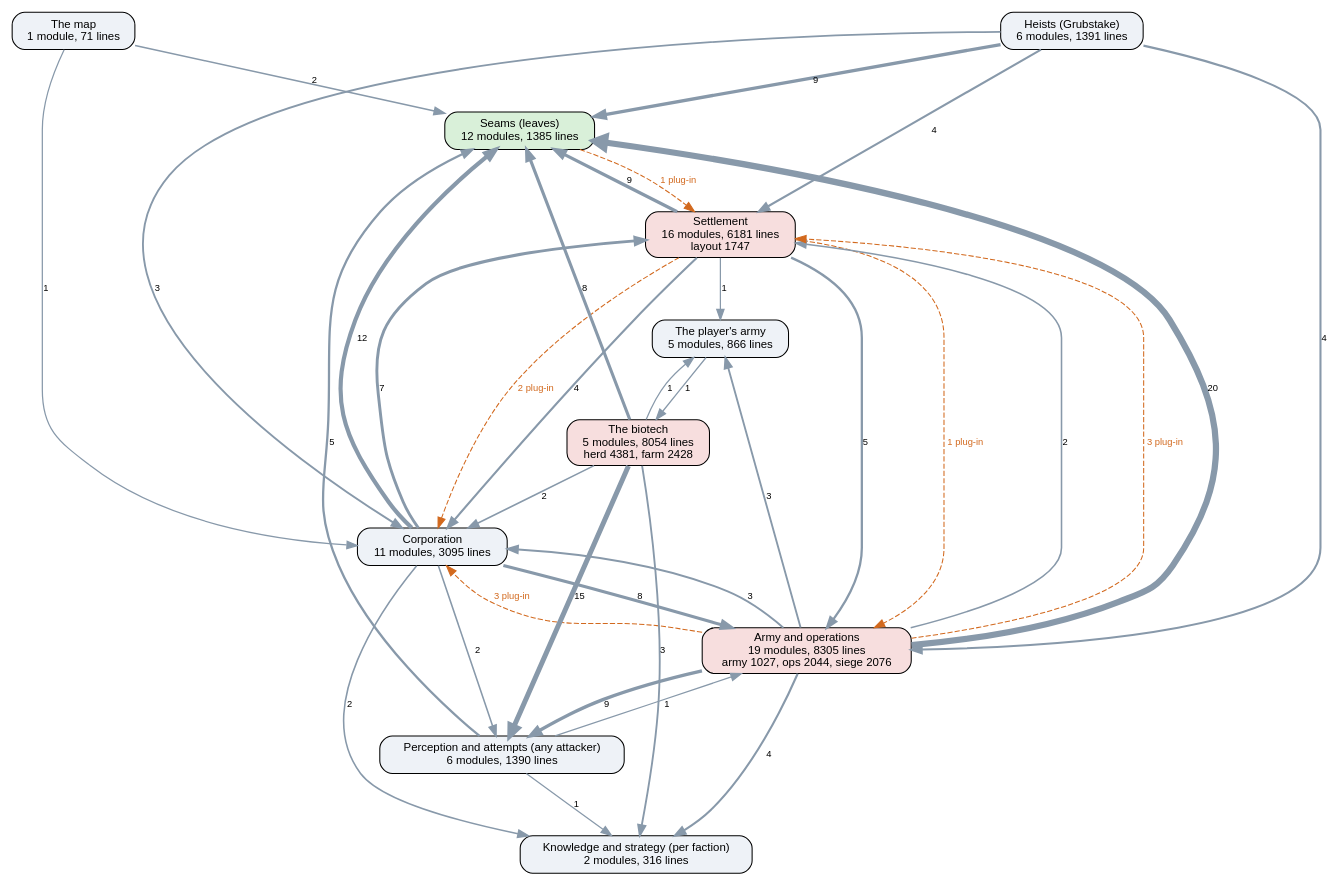
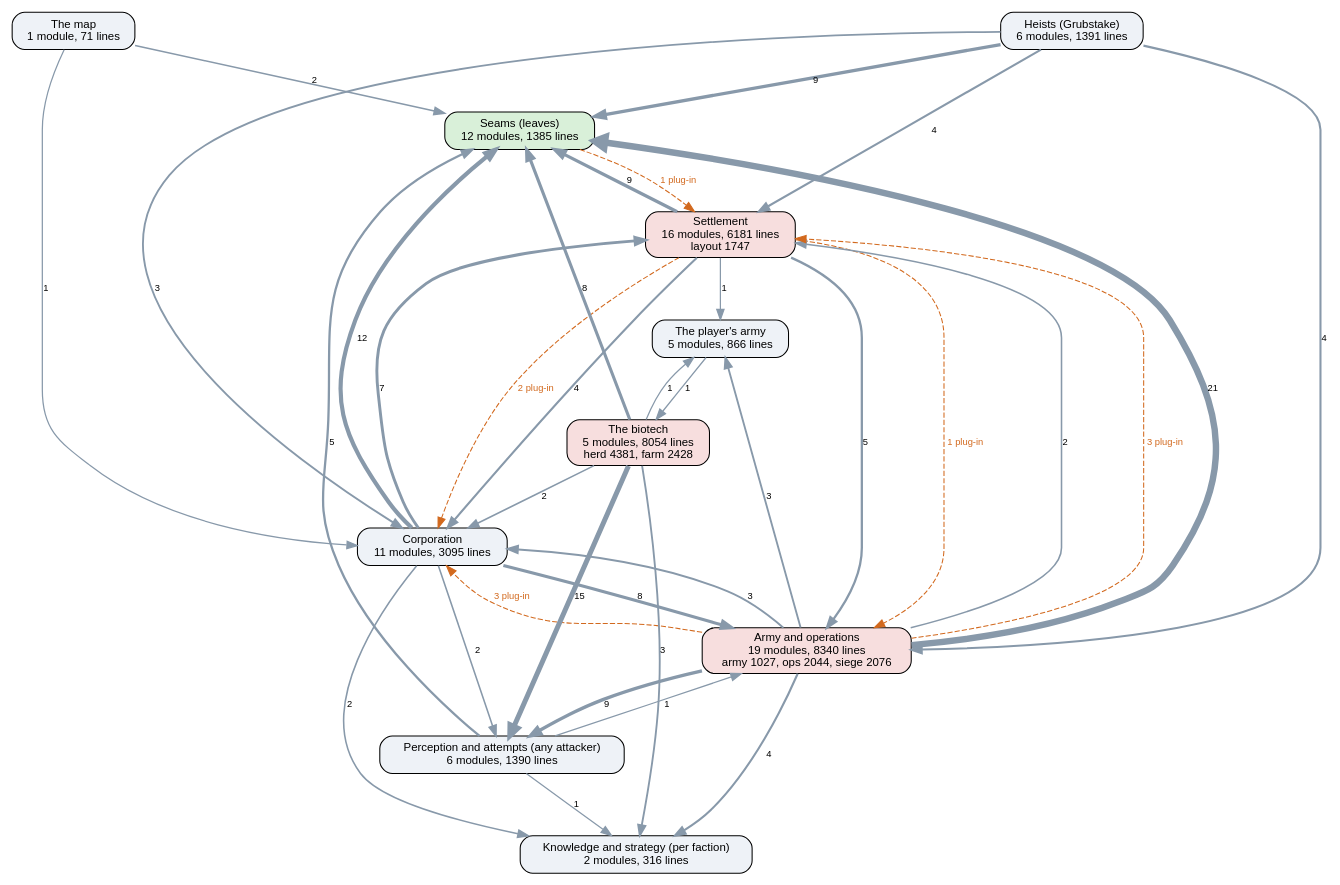
One commit to kinelhu/landing-party changed the diagram in docs/ai-layers.dot. Above: the diagram before and after it, drawn with Graphviz. The commit also changed 15 other files, not shown here.

```diff
--- a/docs/ai-layers.dot
+++ b/docs/ai-layers.dot
@@ -1,50 +1,50 @@
 digraph layers {
   graph [rankdir=TB, fontname="Helvetica", nodesep=0.5, ranksep=0.7];
   node [shape=box, style="rounded,filled", fontname="Helvetica", fontsize=11, fillcolor="#eef2f7"];
   edge [color="#8899aa", fontname="Helvetica", fontsize=9];
   "Seams (leaves)" [label="Seams (leaves)\n12 modules, 1385 lines", fillcolor="#d9f0d9"];
   "Perception and attempts (any attacker)" [label="Perception and attempts (any attacker)\n6 modules, 1390 lines", fillcolor="#eef2f7"];
   "Knowledge and strategy (per faction)" [label="Knowledge and strategy (per faction)\n2 modules, 316 lines", fillcolor="#eef2f7"];
   "Corporation" [label="Corporation\n11 modules, 3095 lines", fillcolor="#eef2f7"];
   "Settlement" [label="Settlement\n16 modules, 6181 lines\nlayout 1747", fillcolor="#f7dede"];
-  "Army and operations" [label="Army and operations\n19 modules, 8305 lines\narmy 1027, ops 2044, siege 2076", fillcolor="#f7dede"];
+  "Army and operations" [label="Army and operations\n19 modules, 8340 lines\narmy 1027, ops 2044, siege 2076", fillcolor="#f7dede"];
   "Heists (Grubstake)" [label="Heists (Grubstake)\n6 modules, 1391 lines", fillcolor="#eef2f7"];
   "The biotech" [label="The biotech\n5 modules, 8054 lines\nherd 4381, farm 2428", fillcolor="#f7dede"];
   "The map" [label="The map\n1 module, 71 lines", fillcolor="#eef2f7"];
   "The player's army" [label="The player's army\n5 modules, 866 lines", fillcolor="#eef2f7"];
   "Army and operations" -> "Corporation" [label="3", penwidth=1.8];
   "Army and operations" -> "Knowledge and strategy (per faction)" [label="4", penwidth=2.0];
   "Army and operations" -> "Perception and attempts (any attacker)" [label="9", penwidth=3.2];
-  "Army and operations" -> "Seams (leaves)" [label="20", penwidth=6.0];
+  "Army and operations" -> "Seams (leaves)" [label="21", penwidth=6.2];
   "Army and operations" -> "Settlement" [label="2", penwidth=1.5];
   "Army and operations" -> "The player's army" [label="3", penwidth=1.8];
   "Corporation" -> "Army and operations" [label="8", penwidth=3.0];
   "Corporation" -> "Knowledge and strategy (per faction)" [label="2", penwidth=1.5];
   "Corporation" -> "Perception and attempts (any attacker)" [label="2", penwidth=1.5];
   "Corporation" -> "Seams (leaves)" [label="12", penwidth=4.0];
   "Corporation" -> "Settlement" [label="7", penwidth=2.8];
   "Heists (Grubstake)" -> "Army and operations" [label="4", penwidth=2.0];
   "Heists (Grubstake)" -> "Corporation" [label="3", penwidth=1.8];
   "Heists (Grubstake)" -> "Seams (leaves)" [label="9", penwidth=3.2];
   "Heists (Grubstake)" -> "Settlement" [label="4", penwidth=2.0];
   "Perception and attempts (any attacker)" -> "Army and operations" [label="1", penwidth=1.2];
   "Perception and attempts (any attacker)" -> "Knowledge and strategy (per faction)" [label="1", penwidth=1.2];
   "Perception and attempts (any attacker)" -> "Seams (leaves)" [label="5", penwidth=2.2];
   "Settlement" -> "Army and operations" [label="5", penwidth=2.2];
   "Settlement" -> "Corporation" [label="4", penwidth=2.0];
   "Settlement" -> "Seams (leaves)" [label="9", penwidth=3.2];
   "Settlement" -> "The player's army" [label="1", penwidth=1.2];
   "The biotech" -> "Corporation" [label="2", penwidth=1.5];
   "The biotech" -> "Knowledge and strategy (per faction)" [label="3", penwidth=1.8];
   "The biotech" -> "Perception and attempts (any attacker)" [label="15", penwidth=4.8];
   "The biotech" -> "Seams (leaves)" [label="8", penwidth=3.0];
   "The biotech" -> "The player's army" [label="1", penwidth=1.2];
   "The map" -> "Corporation" [label="1", penwidth=1.2];
   "The map" -> "Seams (leaves)" [label="2", penwidth=1.5];
   "The player's army" -> "The biotech" [label="1", penwidth=1.2];
   "Army and operations" -> "Corporation" [style=dashed, color="#d2691e", fontcolor="#d2691e", label="3 plug-in"];
   "Army and operations" -> "Settlement" [style=dashed, color="#d2691e", fontcolor="#d2691e", label="3 plug-in"];
   "Seams (leaves)" -> "Settlement" [style=dashed, color="#d2691e", fontcolor="#d2691e", label="1 plug-in"];
   "Settlement" -> "Army and operations" [style=dashed, color="#d2691e", fontcolor="#d2691e", label="1 plug-in"];
   "Settlement" -> "Corporation" [style=dashed, color="#d2691e", fontcolor="#d2691e", label="2 plug-in"];
 }
```
